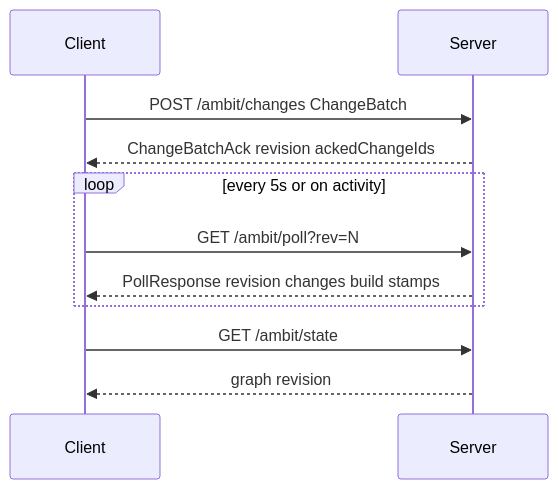
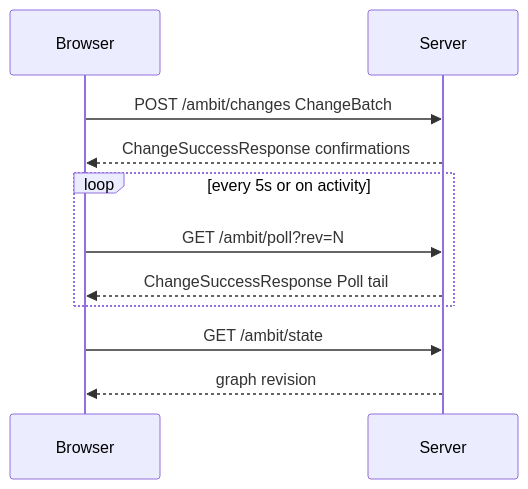
The diagram in doc/api.md (abaljeu/ambit), drawn with Mermaid before and after one commit. The commit also changed other lines of this file and 28 other files, not shown here.

````diff
--- a/doc/api.md
+++ b/doc/api.md
@@ -20,13 +20,13 @@
 ```mermaid
 sequenceDiagram
-    participant Client
+    participant Browser
     participant Server
-    Client->>Server: POST /ambit/changes ChangeBatch
-    Server-->>Client: ChangeBatchAck revision ackedChangeIds
+    Browser->>Server: POST /ambit/changes ChangeBatch
+    Server-->>Browser: ChangeSuccessResponse confirmations
     loop every 5s or on activity
-        Client->>Server: GET /ambit/poll?rev=N
-        Server-->>Client: PollResponse revision changes build stamps
+        Browser->>Server: GET /ambit/poll?rev=N
+        Server-->>Browser: ChangeSuccessResponse Poll tail
     end
-    Client->>Server: GET /ambit/state
-    Server-->>Client: graph revision
+    Browser->>Server: GET /ambit/state
+    Server-->>Browser: graph revision
 ```
````
